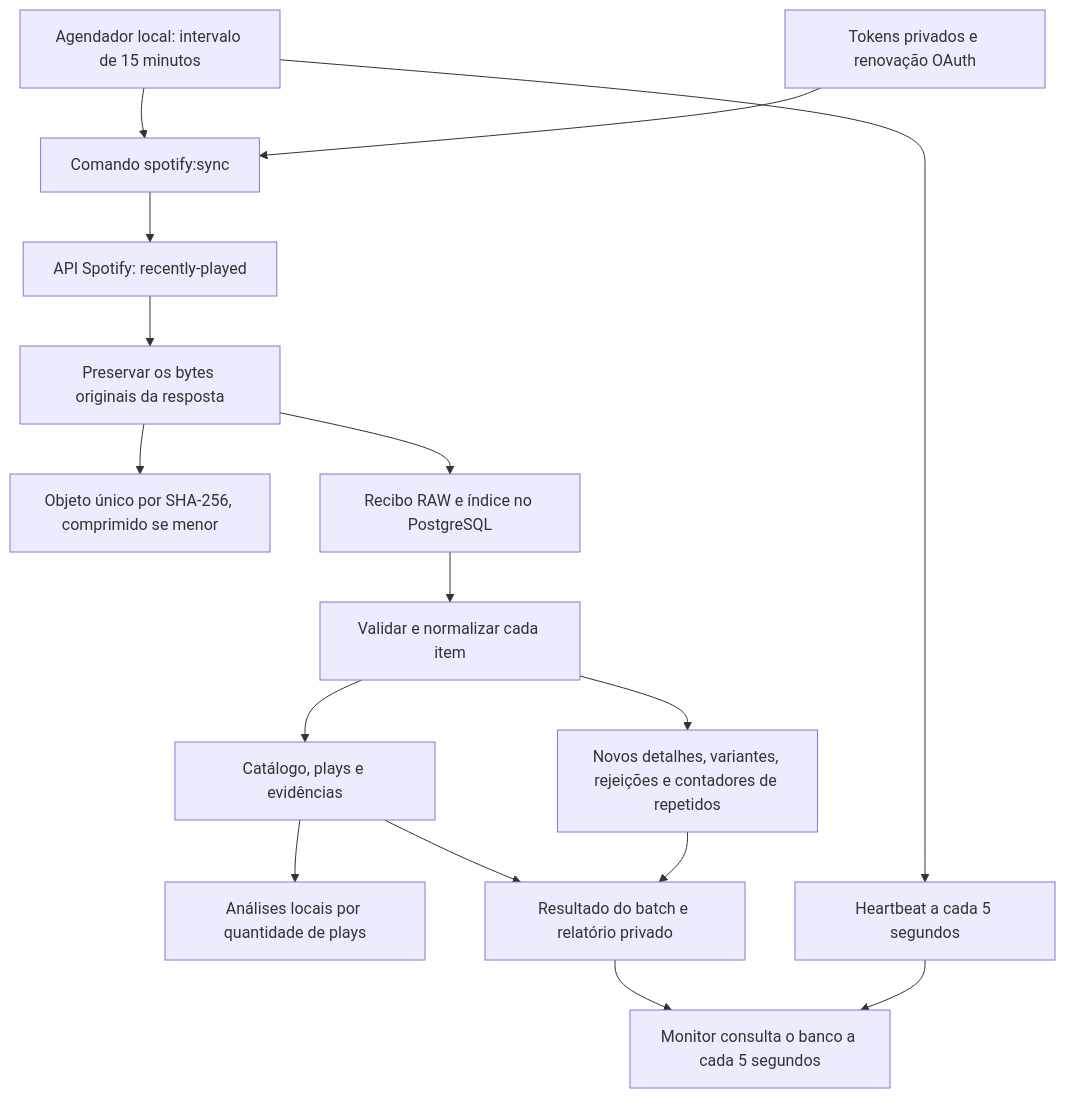
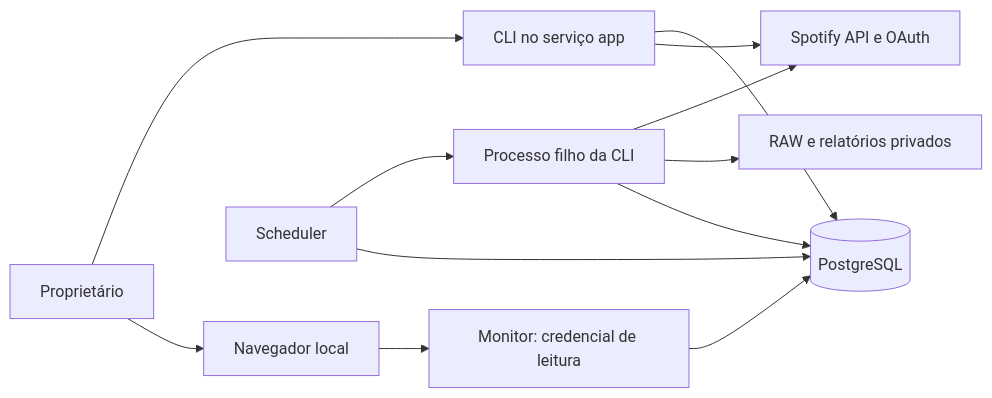
One commit to Pedro-Grimaldi-Hansel/ListenLab changed the first of 6 diagrams in docs/funcionamento-atual.md. Above: the diagram before and after it, drawn with Mermaid. The commit also changed other lines of this file and 33 other files, not shown here.

````diff
--- a/docs/funcionamento-atual.md
+++ b/docs/funcionamento-atual.md
@@ -9,18 +17,14 @@
 ```mermaid
-flowchart TD
-    S[Agendador local: intervalo de 15 minutos] --> C[Comando spotify:sync]
-    T[Tokens privados e renovação OAuth] --> C
-    C --> A[API Spotify: recently-played]
-    A --> R[Preservar os bytes originais da resposta]
-    R --> O[Objeto único por SHA-256, comprimido se menor]
-    R --> I[Recibo RAW e índice no PostgreSQL]
-    I --> N[Validar e normalizar cada item]
-    N --> P[Catálogo, plays e evidências]
-    P --> L[Análises locais por quantidade de plays]
-    N --> E[Novos detalhes, variantes, rejeições e contadores de repetidos]
-    P --> B[Resultado do batch e relatório privado]
-    E --> B
-    B --> M[Monitor consulta o banco a cada 5 segundos]
-    S --> H[Heartbeat a cada 5 segundos]
-    H --> M
+flowchart LR
+    U[Proprietário] --> CLI[CLI no serviço app]
+    U --> B[Navegador local]
+    CLI --> DB[(PostgreSQL)]
+    CLI --> SP[Spotify API e OAuth]
+    S[Scheduler] --> C[Processo filho da CLI]
+    C --> SP
+    C --> F[RAW e relatórios privados]
+    C --> DB
+    S --> DB
+    B --> M[Monitor: credencial de leitura]
+    M --> DB
 ```
````
